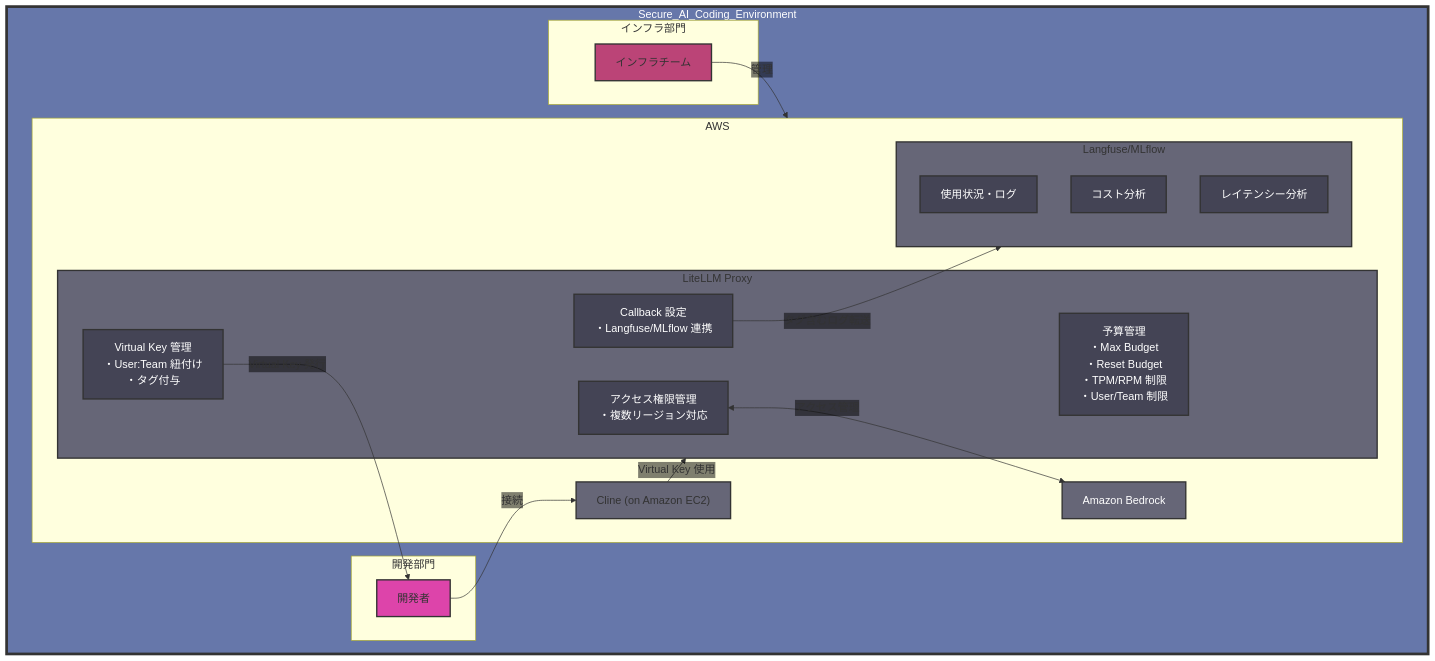
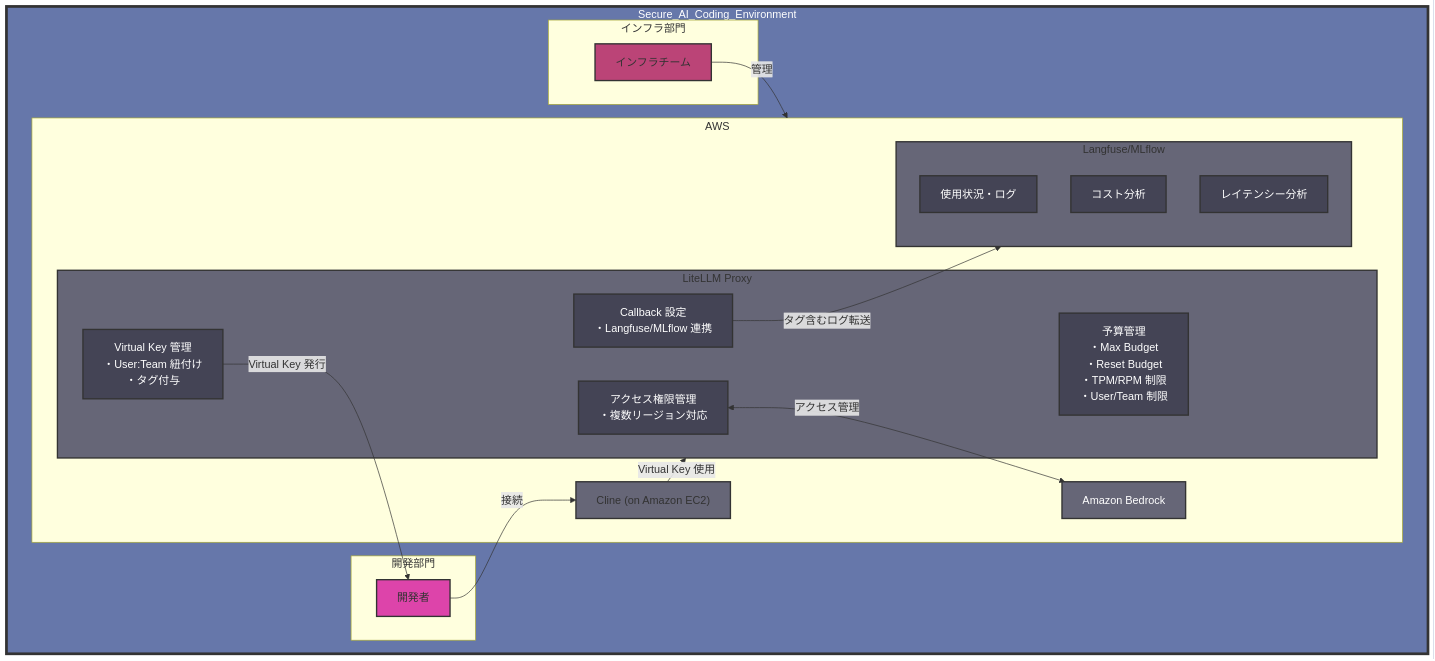
Before and after one commit to littlemex/aws-samples: the diagram in workshops/ai-coding-workshop/cline/blog/README.md, drawn with Mermaid.

Commit message:
overview 追加

````diff
--- a/workshops/ai-coding-workshop/cline/blog/README.md
+++ b/workshops/ai-coding-workshop/cline/blog/README.md
@@ -77,54 +77,53 @@
 ```mermaid
-%%{init: {'flowchart': {'curve': 'basis', 'diagramPadding': 20}, 'themeVariables': {'edgeLabelBackground': 'transparent'}}}%%
 graph TB
     subgraph Secure_AI_Coding_Environment
         subgraph "開発部門"
             UA1["開発者"]
         end
             
         subgraph インフラ部門
             INFRA[インフラチーム]
         end
         
         subgraph "AWS"
             CA1["Cline (on Amazon EC2)"]
             
             subgraph LiteLLMFunc["LiteLLM Proxy"]
                 BUDGET[予算管理<br/>・Max Budget<br/>・Reset Budget<br/>・TPM/RPM 制限<br/>・User/Team 制限]
                 KEYS[Virtual Key 管理<br/>・User:Team 紐付け<br/>・タグ付与]
                 CALLBACK[Callback 設定<br/>・Langfuse/MLflow 連携]
                 ACCESS[アクセス権限管理<br/>・複数リージョン対応]
             end
 
             subgraph OBSERVE["Langfuse/MLflow"]
                 USAGE[使用状況・ログ]
                 COST[コスト分析]
                 LATENCY[レイテンシー分析]
             end    
             
             BEDROCK[Amazon Bedrock]
         end
     end
     
     INFRA -->|管理| AWS
     KEYS -->|"Virtual Key 発行"| UA1
     UA1 -->|接続| CA1
     CA1 -->|Virtual Key 使用| LiteLLMFunc
     ACCESS <-->|アクセス管理| BEDROCK
     CALLBACK -->|タグ含むログ転送| OBSERVE
     
     classDef user fill:#d4a,stroke:#333,stroke-width:2px
     classDef infra fill:#b47,stroke:#333,stroke-width:2px
     classDef service fill:#667,stroke:#333,stroke-width:2px
     classDef feature fill:#445,stroke:#333,stroke-width:2px,color:#fff
     classDef aws fill:#667,stroke:#333,stroke-width:2px,color:#fff
     classDef env fill:#67a,stroke:#333,stroke-width:4px,color:#fff
     
     class UA1 user
     class INFRA infra
     class CA1 service
     class BUDGET,KEYS,CALLBACK,USAGE,COST,LATENCY,ACCESS feature
     class BEDROCK aws
     class Secure_AI_Coding_Environment env
     class LiteLLMFunc,OBSERVE service
 ```
````
